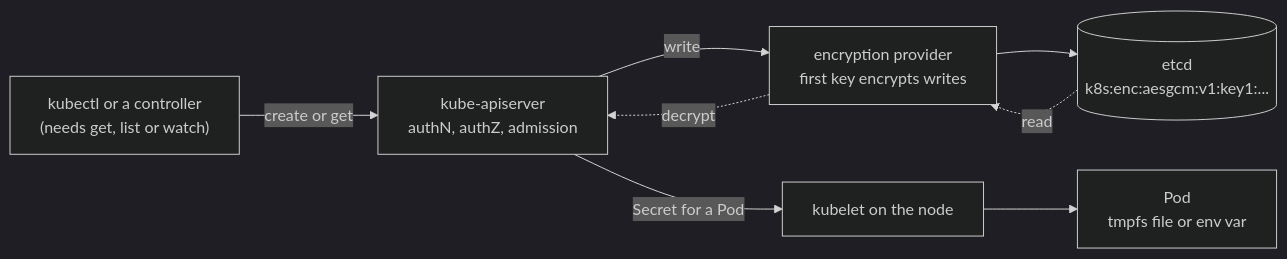
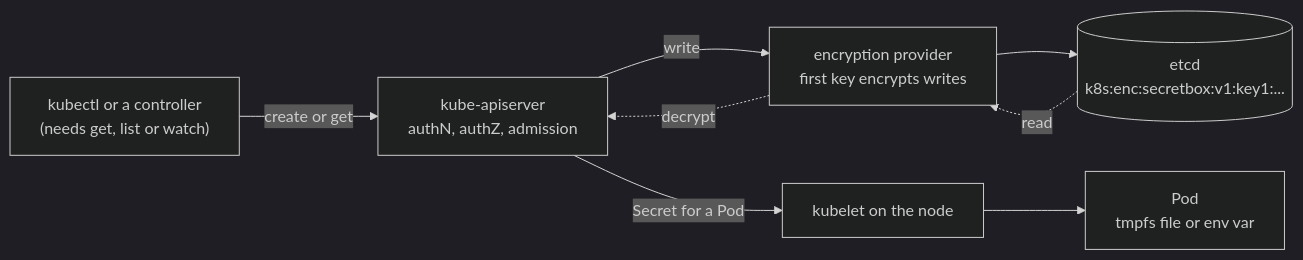
Before and after one commit to abd-ulbasit/bookstore-kubernetes-guide: the diagram in full-guide/05-security/04-secrets-and-cluster-hardening.md, drawn with Mermaid (dark theme). The commit also changed other lines of this file and 2 other files, not shown here.

First line of the commit message:
05.04: fix review findings; secretbox, two-phase rotation, identity removal

````diff
--- a/full-guide/05-security/04-secrets-and-cluster-hardening.md
+++ b/full-guide/05-security/04-secrets-and-cluster-hardening.md
@@ -92,16 +93,16 @@
 ```mermaid
 flowchart LR
     client["kubectl or a controller<br/>(needs get, list or watch)"]
     api["kube-apiserver<br/>authN, authZ, admission"]
     enc["encryption provider<br/>first key encrypts writes"]
-    etcd[("etcd<br/>k8s:enc:aesgcm:v1:key1:...")]
+    etcd[("etcd<br/>k8s:enc:secretbox:v1:key1:...")]
     kubelet["kubelet on the node"]
     pod["Pod<br/>tmpfs file or env var"]
 
     client -->|create or get| api
     api -->|write| enc
     enc --> etcd
     etcd -.->|read| enc
     enc -.->|decrypt| api
     api -->|Secret for a Pod| kubelet --> pod
 ```
````
